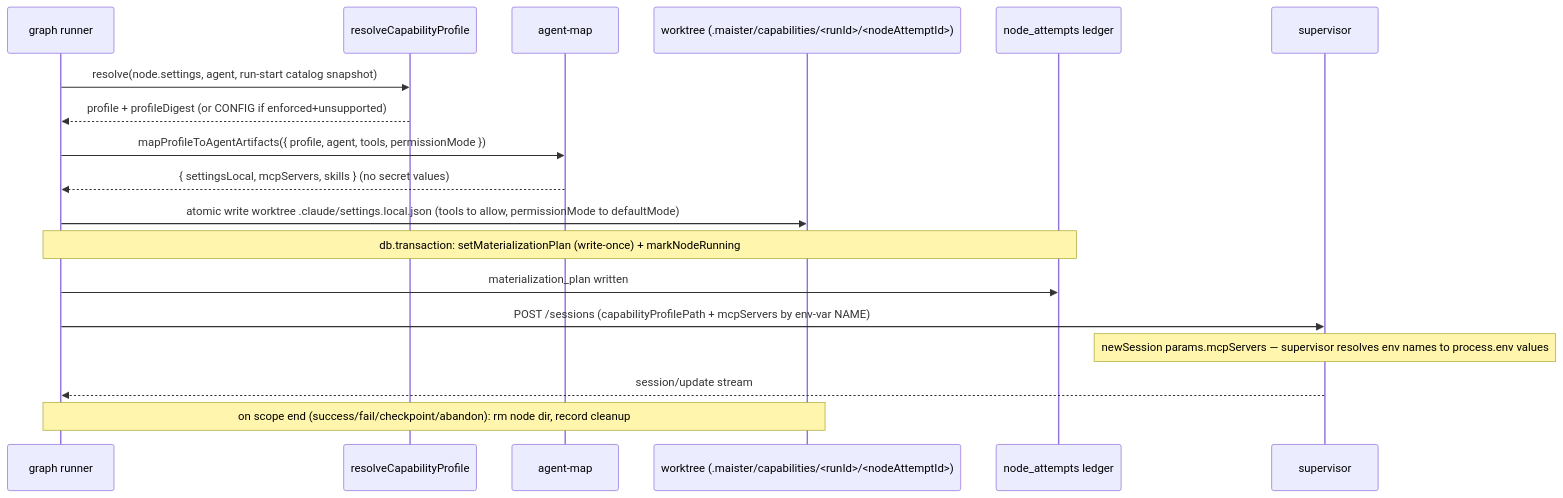
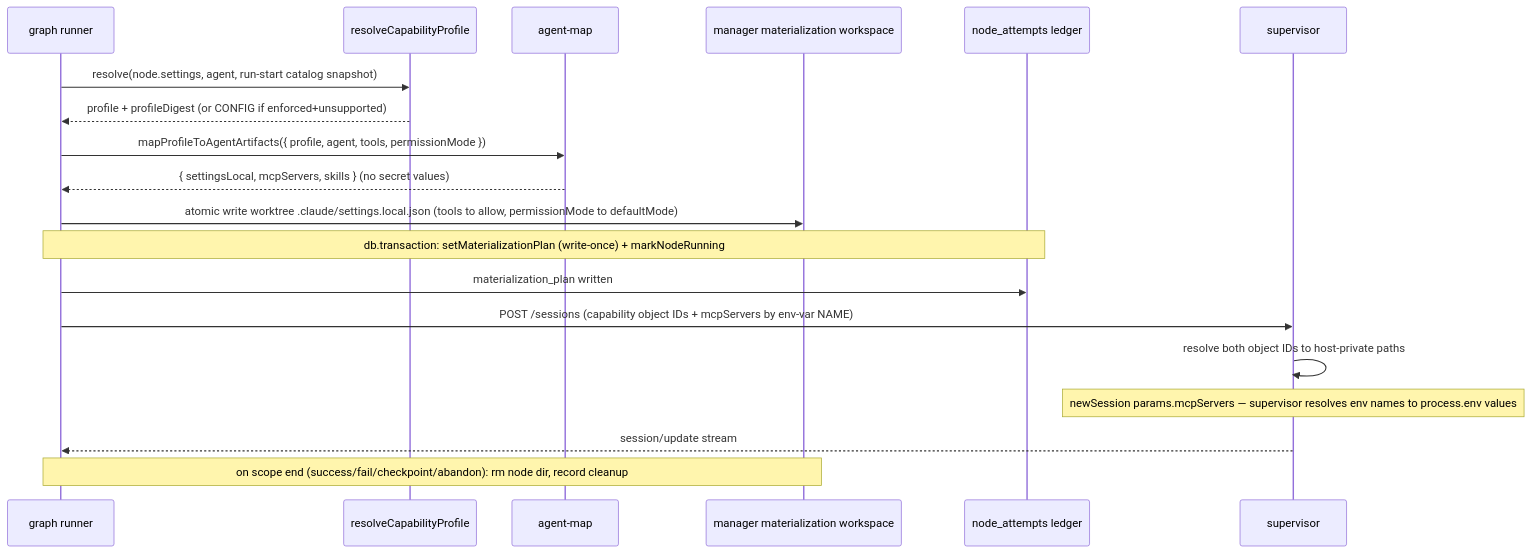
Before and after one commit to maister-dev/maister: the third of 5 diagrams in docs/system-analytics/capabilities.md, drawn with Mermaid. The commit also changed other lines of this file and 41 other files, not shown here.

````diff
--- a/docs/system-analytics/capabilities.md
+++ b/docs/system-analytics/capabilities.md
@@ -180,20 +182,21 @@
 ```mermaid
 sequenceDiagram
     participant R as graph runner
     participant Res as resolveCapabilityProfile
     participant Map as agent-map
-    participant FS as worktree (.maister/capabilities/<runId>/<nodeAttemptId>)
+    participant FS as manager materialization workspace
     participant L as node_attempts ledger
     participant S as supervisor
     R->>Res: resolve(node.settings, agent, run-start catalog snapshot)
     Res-->>R: profile + profileDigest (or CONFIG if enforced+unsupported)
     R->>Map: mapProfileToAgentArtifacts({ profile, agent, tools, permissionMode })
     Map-->>R: { settingsLocal, mcpServers, skills } (no secret values)
     R->>FS: atomic write worktree .claude/settings.local.json (tools to allow, permissionMode to defaultMode)
     Note over R,L: db.transaction: setMaterializationPlan (write-once) + markNodeRunning
     R->>L: materialization_plan written
-    R->>S: POST /sessions (capabilityProfilePath + mcpServers by env-var NAME)
+    R->>S: POST /sessions (capability object IDs + mcpServers by env-var NAME)
+    S->>S: resolve both object IDs to host-private paths
     Note over S: newSession params.mcpServers — supervisor resolves env names to process.env values
     S-->>R: session/update stream
     Note over R,FS: on scope end (success/fail/checkpoint/abandon): rm node dir, record cleanup
 ```
````
